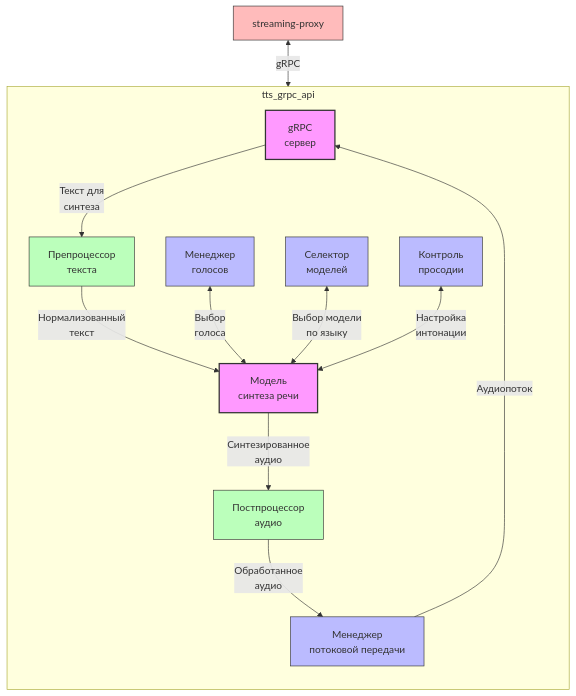
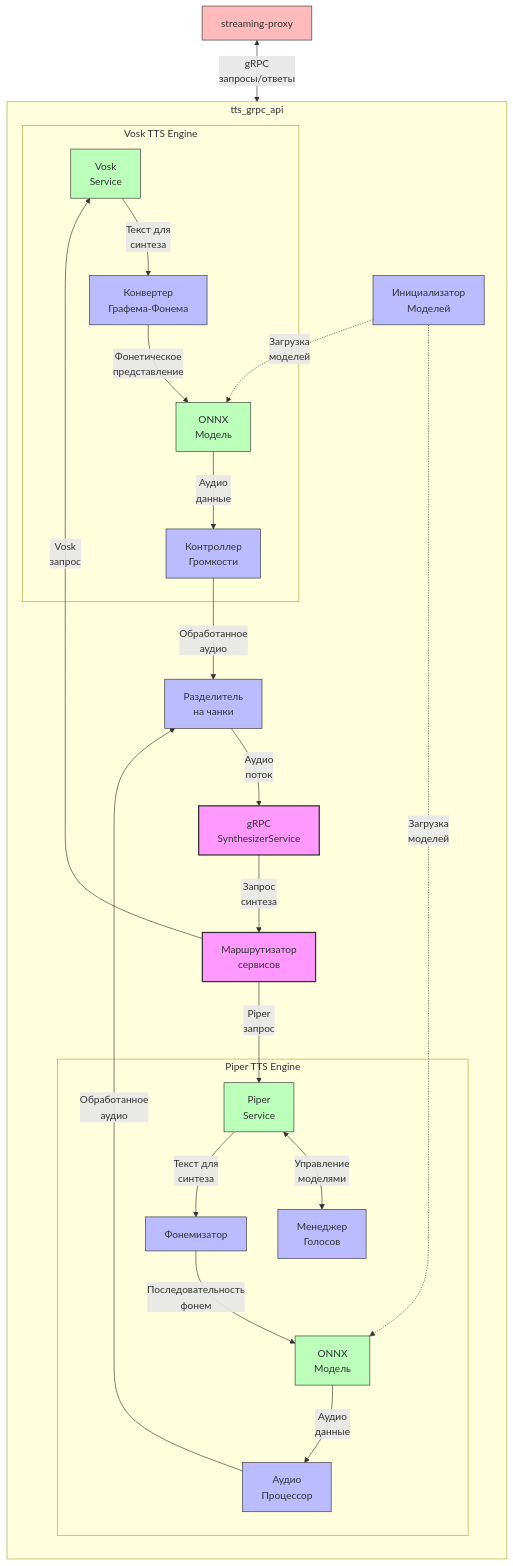
One commit to aineurostream/docs changed the fifth of 7 diagrams in services_documentation.md. Above: the diagram before and after it, drawn with Mermaid. The commit also changed other lines of this file and 2 other files, not shown here.

````diff
--- a/services_documentation.md
+++ b/services_documentation.md
@@ -275,34 +333,45 @@
 ```mermaid
 flowchart TB
     subgraph "tts_grpc_api"
         direction TB
         
-        gRPCServer["gRPC<br>сервер"] -->|"Текст для<br>синтеза"| TextPreprocessor["Препроцессор<br>текста"]
+        GRPCServer["gRPC<br>SynthesizerService"] -->|"Запрос<br>синтеза"| ServiceRouter["Маршрутизатор<br>сервисов"]
         
-        TextPreprocessor -->|"Нормализованный<br>текст"| TTSModel["Модель<br>синтеза речи"]
+        subgraph "Piper TTS Engine"
+            PiperService["Piper<br>Service"] <-->|"Управление<br>моделями"| VoiceManager["Менеджер<br>Голосов"]
+            PiperService -->|"Текст для<br>синтеза"| Phonemizer["Фонемизатор"]
+            Phonemizer -->|"Последовательность<br>фонем"| PiperModel["ONNX<br>Модель"]
+            PiperModel -->|"Аудио<br>данные"| AudioProcessor["Аудио<br>Процессор"]
+        end
         
-        VoiceManager["Менеджер<br>голосов"] <-->|"Выбор<br>голоса"| TTSModel
+        subgraph "Vosk TTS Engine"
+            VoskService["Vosk<br>Service"] -->|"Текст для<br>синтеза"| G2P["Конвертер<br>Графема-Фонема"]
+            G2P -->|"Фонетическое<br>представление"| VoskModel["ONNX<br>Модель"]
+            VoskModel -->|"Аудио<br>данные"| AudioFader["Контроллер<br>Громкости"]
+        end
         
-        TTSModel -->|"Синтезированное<br>аудио"| AudioPostprocessor["Постпроцессор<br>аудио"]
+        ServiceRouter -->|"Piper<br>запрос"| PiperService
+        ServiceRouter -->|"Vosk<br>запрос"| VoskService
         
-        AudioPostprocessor -->|"Обработанное<br>аудио"| StreamingManager["Менеджер<br>потоковой передачи"]
+        AudioProcessor -->|"Обработанное<br>аудио"| AudioChunker["Разделитель<br>на чанки"]
+        AudioFader -->|"Обработанное<br>аудио"| AudioChunker
         
-        StreamingManager -->|"Аудиопоток"| gRPCServer
+        AudioChunker -->|"Аудио<br>поток"| GRPCServer
         
-        ModelSelector["Селектор<br>моделей"] <-->|"Выбор модели<br>по языку"| TTSModel
+        ModelInitializer["Инициализатор<br>Моделей"] -.->|"Загрузка<br>моделей"| PiperModel
+        ModelInitializer -.->|"Загрузка<br>моделей"| VoskModel
         
-        ProsodyControl["Контроль<br>просодии"] <-->|"Настройка<br>интонации"| TTSModel
     end
     
-    StreamingProxy["streaming-proxy"] <-->|"gRPC"| gRPCServer
+    StreamingProxy["streaming-proxy"] <-->|"gRPC<br>запросы/ответы"| GRPCServer
     
     classDef core fill:#f9f,stroke:#333,stroke-width:2px;
-    classDef processor fill:#bfb,stroke:#333,stroke-width:1px;
-    classDef manager fill:#bbf,stroke:#333,stroke-width:1px;
+    classDef engine fill:#bfb,stroke:#333,stroke-width:1px;
+    classDef processor fill:#bbf,stroke:#333,stroke-width:1px;
     classDef external fill:#fbb,stroke:#333,stroke-width:1px;
     
-    class gRPCServer,TTSModel core;
-    class TextPreprocessor,AudioPostprocessor processor;
-    class VoiceManager,StreamingManager,ModelSelector,ProsodyControl manager;
+    class GRPCServer,ServiceRouter core;
+    class PiperService,VoskService,PiperModel,VoskModel engine;
+    class Phonemizer,G2P,AudioProcessor,AudioFader,AudioChunker,VoiceManager,ModelInitializer processor;
     class StreamingProxy external;
 ```
````
